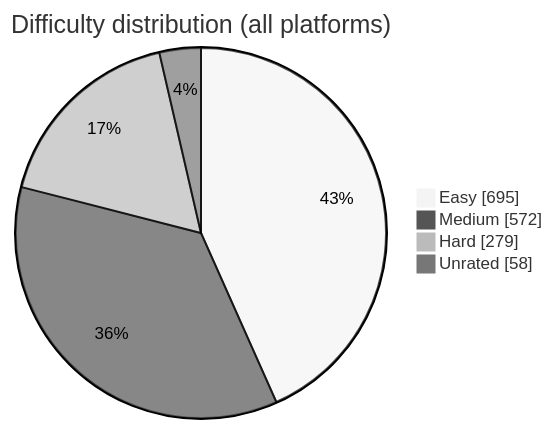
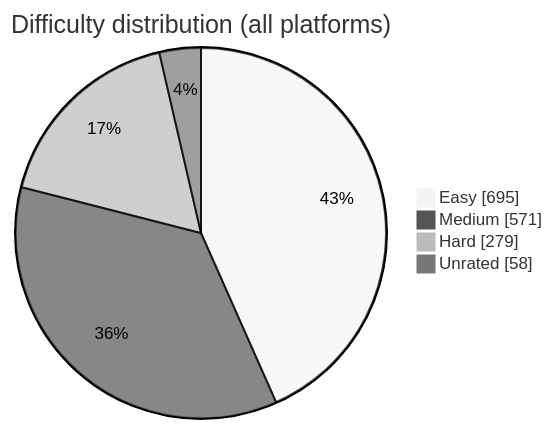
The diagram in README.md (BuildbyArindam/Daily-Coding-Log), drawn with Mermaid (neutral theme) before and after one commit. The commit also changed other lines of this file, not shown here.

````diff
--- a/README.md
+++ b/README.md
@@ -93,7 +93,7 @@
 ```mermaid
 pie showData title Difficulty distribution (all platforms)
     "Easy" : 695
-    "Medium" : 572
+    "Medium" : 571
     "Hard" : 279
     "Unrated" : 58
 ```
````
